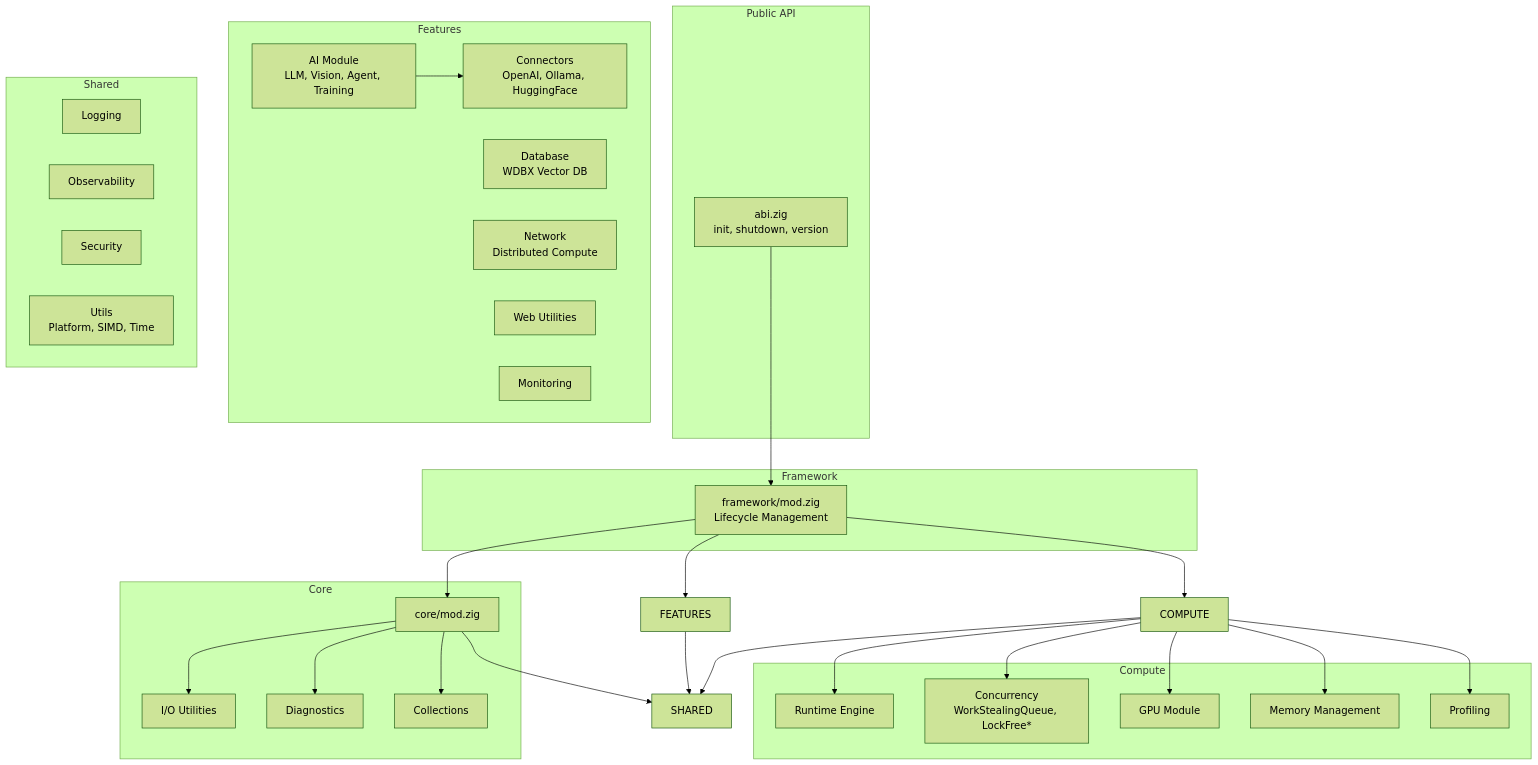
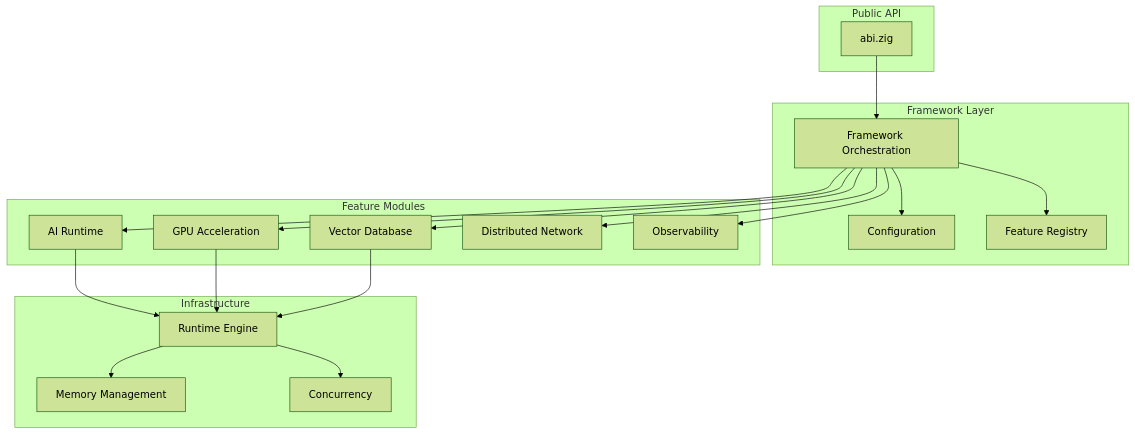
The diagram in README.md (donaldfilimon/abi), drawn with Mermaid (forest theme) before and after one commit. The commit also changed other lines of this file, not shown here.

````diff
--- a/README.md
+++ b/README.md
@@ -528,62 +348,40 @@
 ```mermaid
 flowchart TB
     subgraph "Public API"
-        ABI[abi.zig<br/>init, shutdown, version]
+        ABI[abi.zig]
     end
 
-    subgraph "Framework"
-        FRAMEWORK[framework/mod.zig<br/>Lifecycle Management]
+    subgraph "Framework Layer"
+        FW[Framework Orchestration]
+        CFG[Configuration]
+        REG[Feature Registry]
     end
 
-    subgraph "Core"
-        CORE[core/mod.zig]
-        IO[I/O Utilities]
-        DIAG[Diagnostics]
-        COLL[Collections]
+    subgraph "Feature Modules"
+        AI[AI Runtime]
+        GPU[GPU Acceleration]
+        DB[Vector Database]
+        NET[Distributed Network]
+        OBS[Observability]
     end
 
-    subgraph "Compute"
-        RUNTIME[Runtime Engine]
-        CONC[Concurrency<br/>WorkStealingQueue, LockFree*]
-        GPU[GPU Module]
+    subgraph "Infrastructure"
+        RT[Runtime Engine]
         MEM[Memory Management]
-        PROF[Profiling]
+        CONC[Concurrency]
     end
 
-    subgraph "Features"
-        AI[AI Module<br/>LLM, Vision, Agent, Training]
-        DB[Database<br/>WDBX Vector DB]
-        NET[Network<br/>Distributed Compute]
-        WEB[Web Utilities]
-        MON[Monitoring]
-        CONN[Connectors<br/>OpenAI, Ollama, HuggingFace]
-    end
-
-    subgraph "Shared"
-        LOG[Logging]
-        OBS[Observability]
-        SEC[Security]
-        UTIL[Utils<br/>Platform, SIMD, Time]
-    end
-
-    ABI --> FRAMEWORK
-    FRAMEWORK --> CORE
-    FRAMEWORK --> COMPUTE
-    FRAMEWORK --> FEATURES
-
-    CORE --> IO
-    CORE --> DIAG
-    CORE --> COLL
-
-    COMPUTE --> RUNTIME
-    COMPUTE --> CONC
-    COMPUTE --> GPU
-    COMPUTE --> MEM
-    COMPUTE --> PROF
-
-    AI --> CONN
-
-    CORE --> SHARED
-    COMPUTE --> SHARED
-    FEATURES --> SHARED
+    ABI --> FW
+    FW --> CFG
+    FW --> REG
+    FW --> AI
+    FW --> GPU
+    FW --> DB
+    FW --> NET
+    FW --> OBS
+    AI --> RT
+    GPU --> RT
+    DB --> RT
+    RT --> MEM
+    RT --> CONC
 ```
````
